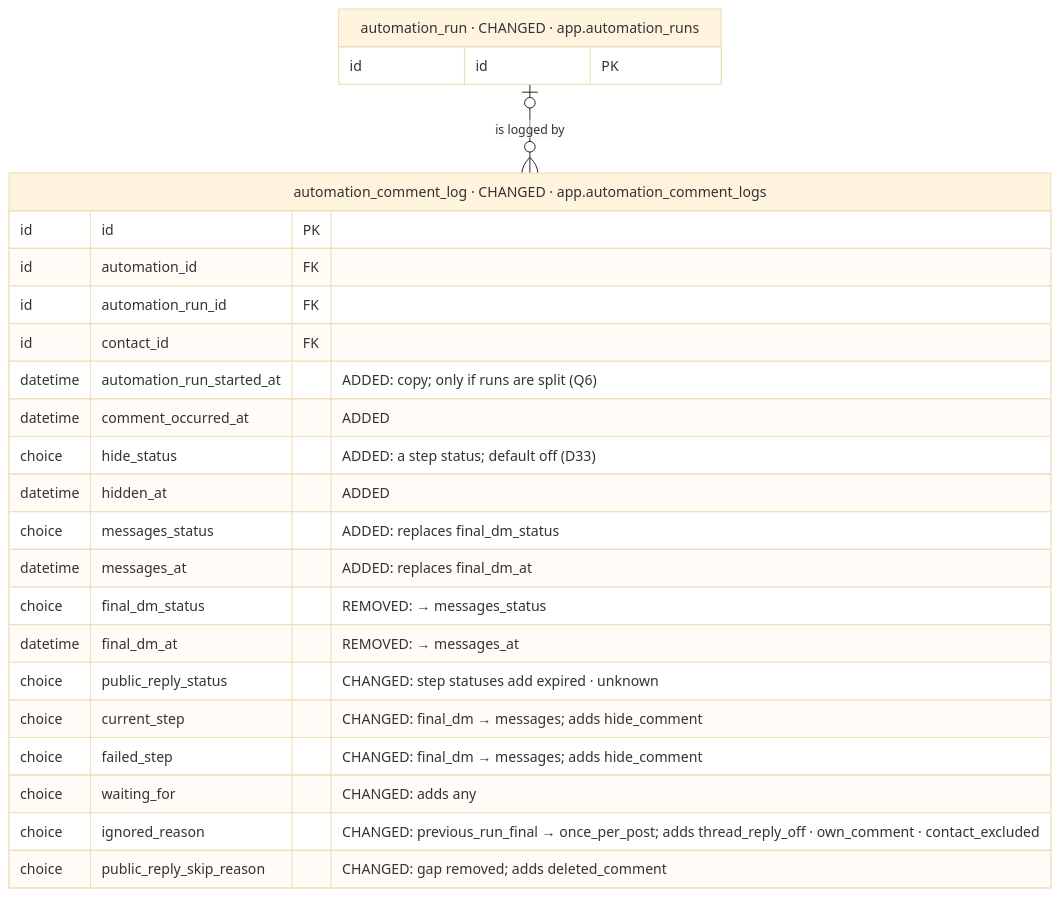
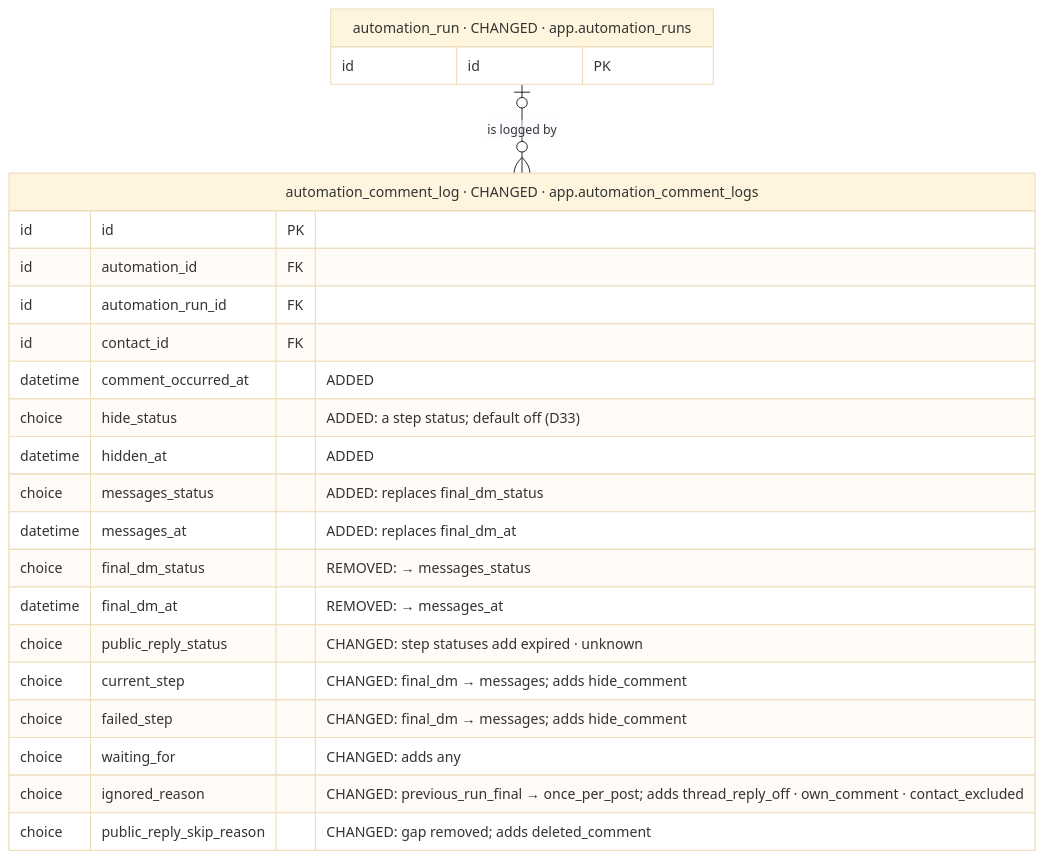
Before and after one commit to albetrios/meepzo-be: diagram 16 of 39 in iterations/feat-instagram-dm-sending-2026-11-23-oxak/plans/db-changes.md, drawn with Mermaid (base theme). The commit also changed other lines of this file and 3 other files, not shown here.

````diff
--- a/iterations/feat-instagram-dm-sending-2026-11-23-oxak/plans/db-changes.md
+++ b/iterations/feat-instagram-dm-sending-2026-11-23-oxak/plans/db-changes.md
@@ -769,27 +779,26 @@
 ```mermaid
 erDiagram
   automation_comment_log["automation_comment_log · CHANGED · app.automation_comment_logs"] {
     id id PK
     id automation_id FK
     id automation_run_id FK
     id contact_id FK
-    datetime automation_run_started_at "ADDED: copy; only if runs are split (Q6)"
     datetime comment_occurred_at "ADDED"
     choice hide_status "ADDED: a step status; default off (D33)"
     datetime hidden_at "ADDED"
     choice messages_status "ADDED: replaces final_dm_status"
     datetime messages_at "ADDED: replaces final_dm_at"
     choice final_dm_status "REMOVED: → messages_status"
     datetime final_dm_at "REMOVED: → messages_at"
     choice public_reply_status "CHANGED: step statuses add expired · unknown"
     choice current_step "CHANGED: final_dm → messages; adds hide_comment"
     choice failed_step "CHANGED: final_dm → messages; adds hide_comment"
     choice waiting_for "CHANGED: adds any"
     choice ignored_reason "CHANGED: previous_run_final → once_per_post; adds thread_reply_off · own_comment · contact_excluded"
     choice public_reply_skip_reason "CHANGED: gap removed; adds deleted_comment"
   }
   automation_run["automation_run · CHANGED · app.automation_runs"] {
     id id PK
   }
   automation_run |o--o{ automation_comment_log : "is logged by"
 ```
````
